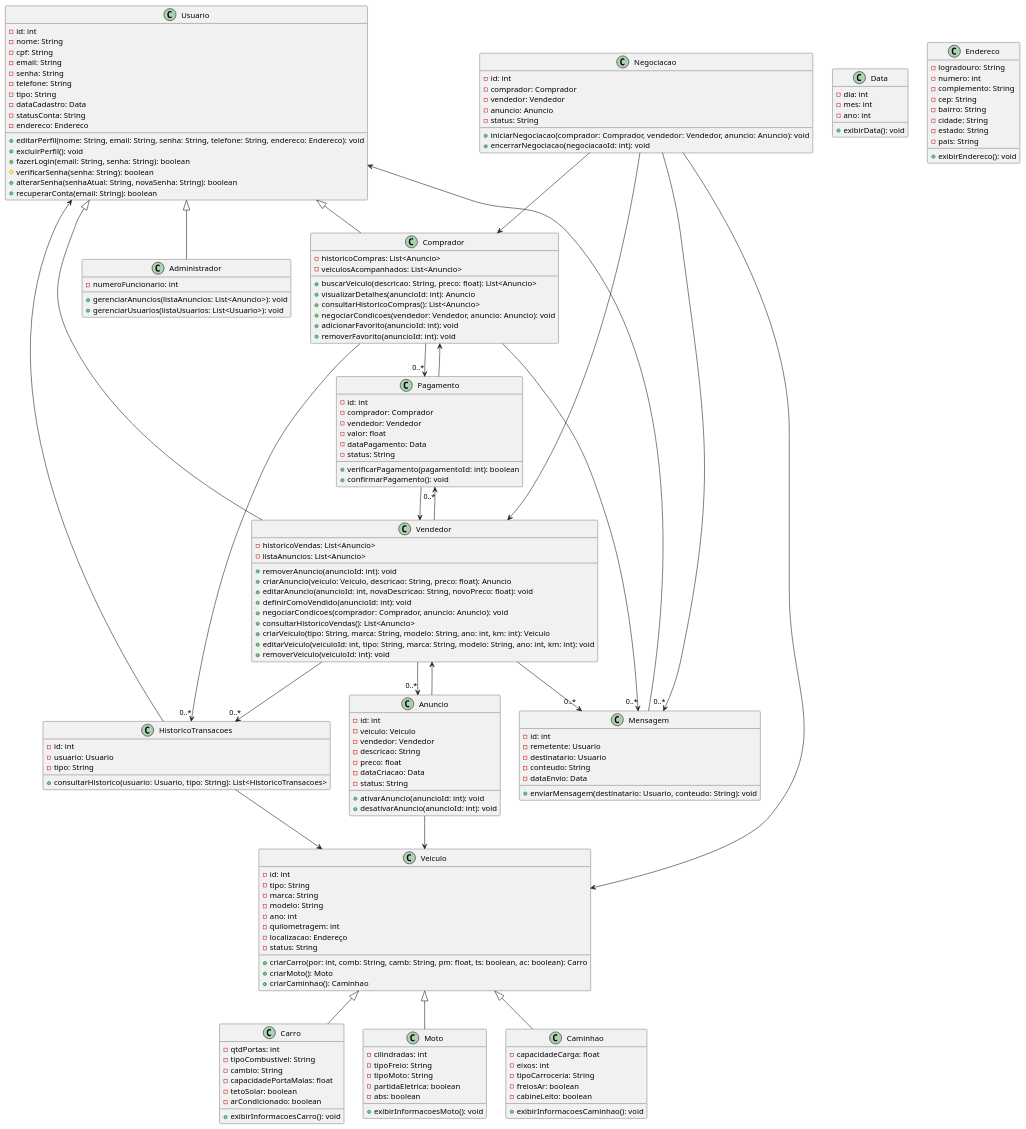
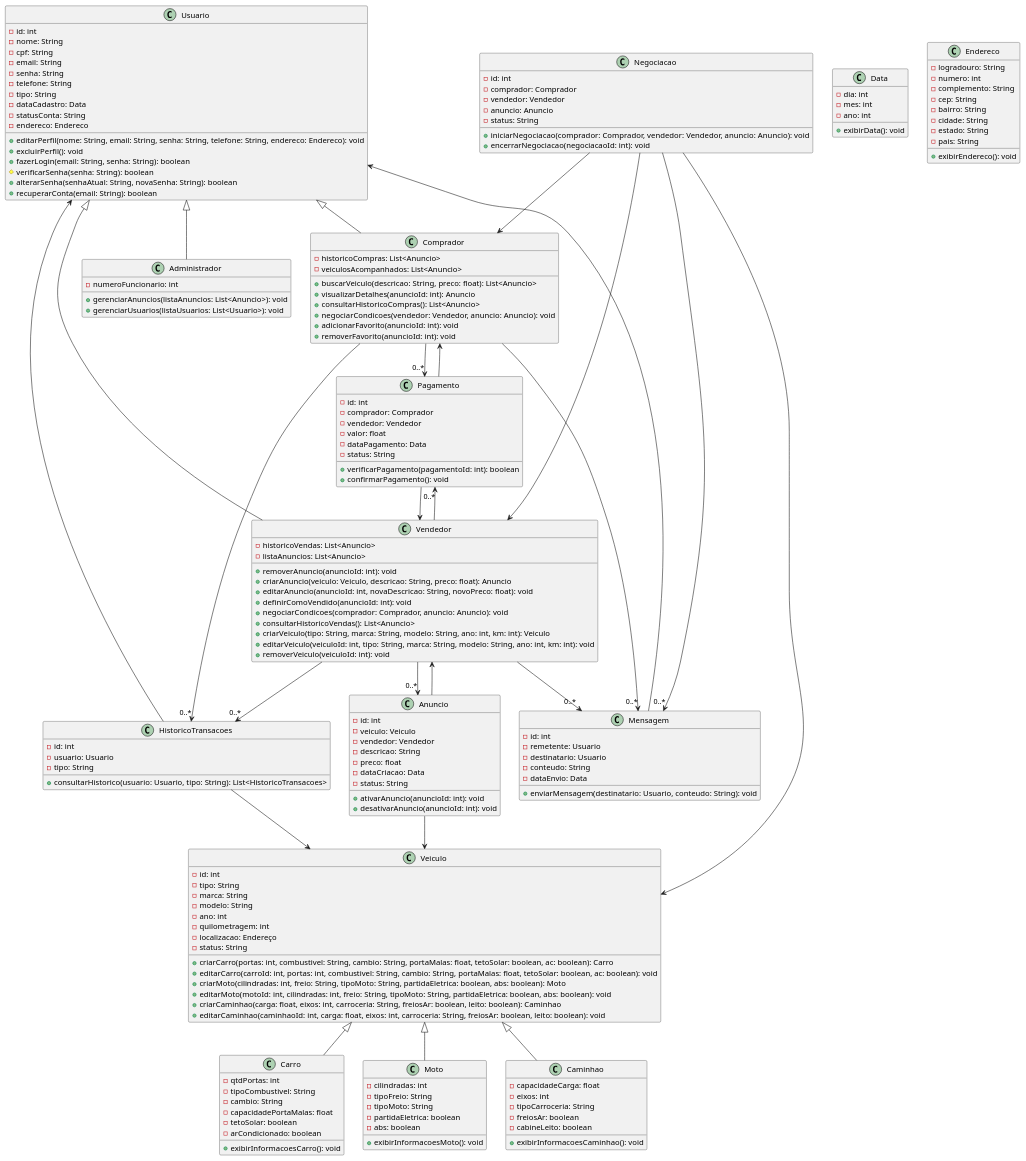
One commit to guilhermeoliveirateo/sistema-compra-venda-veiculos changed the diagram in classes.md. Above: the diagram before and after it, drawn with PlantUML.

```diff
--- a/classes.md
+++ b/classes.md
@@ -77,9 +77,12 @@
 -localizacao: Endereço
 -status: String
 
-+criarCarro(por: int, comb: String, camb: String, pm: float, ts: boolean, ac: boolean): Carro
-+criarMoto(): Moto
-+criarCaminhao(): Caminhao
++criarCarro(portas: int, combustivel: String, cambio: String, portaMalas: float, tetoSolar: boolean, ac: boolean): Carro
++editarCarro(carroId: int, portas: int, combustivel: String, cambio: String, portaMalas: float, tetoSolar: boolean, ac: boolean): void
++criarMoto(cilindradas: int, freio: String, tipoMoto: String, partidaEletrica: boolean, abs: boolean): Moto
++editarMoto(motoId: int, cilindradas: int, freio: String, tipoMoto: String, partidaEletrica: boolean, abs: boolean): void
++criarCaminhao(carga: float, eixos: int, carroceria: String, freiosAr: boolean, leito: boolean): Caminhao
++editarCaminhao(caminhaoId: int, carga: float, eixos: int, carroceria: String, freiosAr: boolean, leito: boolean): void
 }
 
 class Carro{
```
